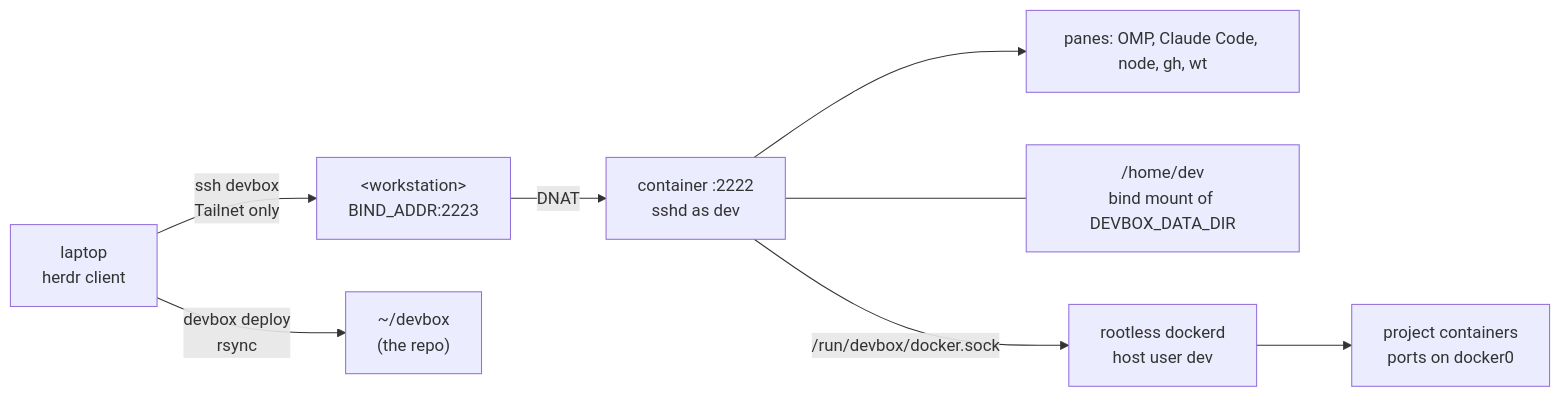
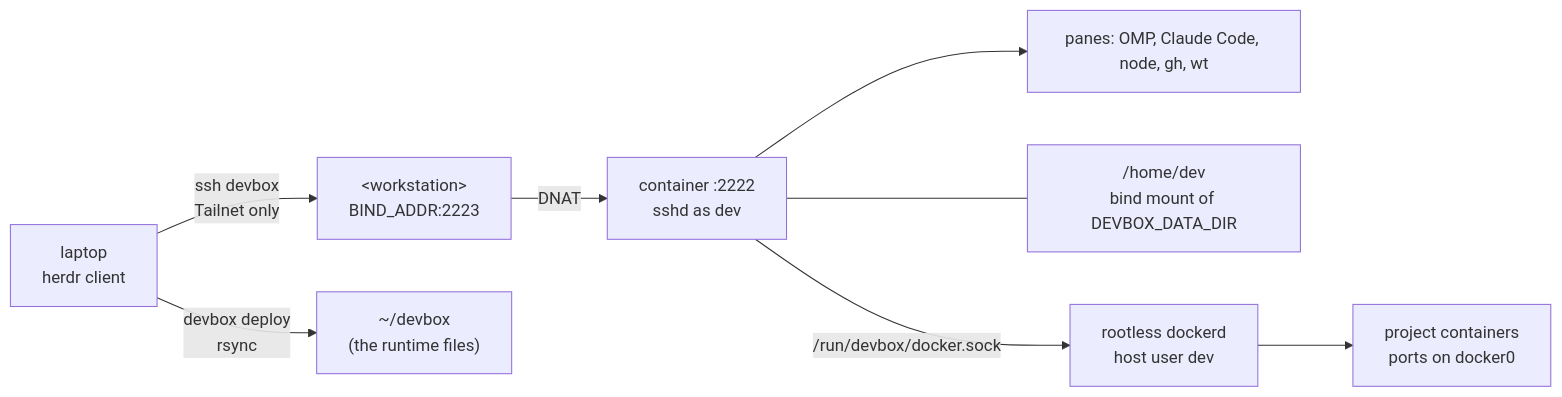
Before and after one commit to rozsival/devbox: the diagram in docs/architecture.md, drawn with Mermaid. The commit also changed other lines of this file and 24 other files, not shown here.

````diff
--- a/docs/architecture.md
+++ b/docs/architecture.md
@@ -14,10 +14,10 @@
 ```mermaid
 flowchart LR
   L["laptop<br/>herdr client"] -->|" ssh devbox<br/>Tailnet only "| H["&lt;workstation&gt;<br/>BIND_ADDR:2223"]
-  L -->|" devbox deploy<br/>rsync "| R["~/devbox<br/>(the repo)"]
+  L -->|" devbox deploy<br/>rsync "| R["~/devbox<br/>(the runtime files)"]
   H -->|" DNAT "| C["container :2222<br/>sshd as dev"]
   C --> P["panes: OMP, Claude Code, node, gh, wt"]
   C --- V["/home/dev<br/>bind mount of DEVBOX_DATA_DIR"]
   C -->|" /run/devbox/docker.sock "| D["rootless dockerd<br/>host user dev"]
   D --> J["project containers<br/>ports on docker0"]
 ```
````
